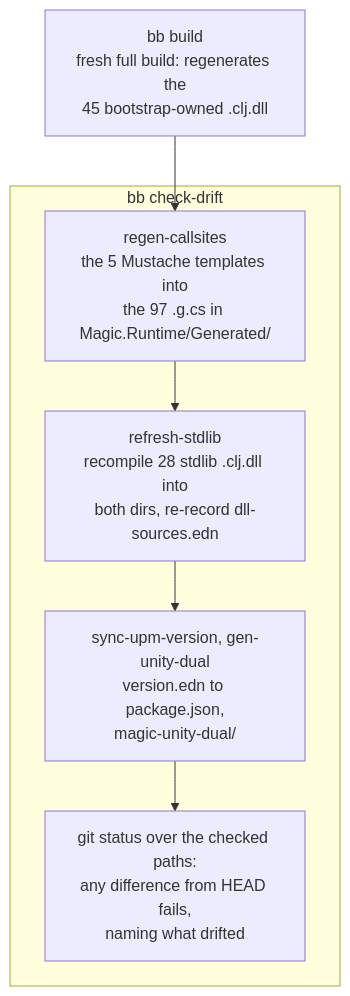
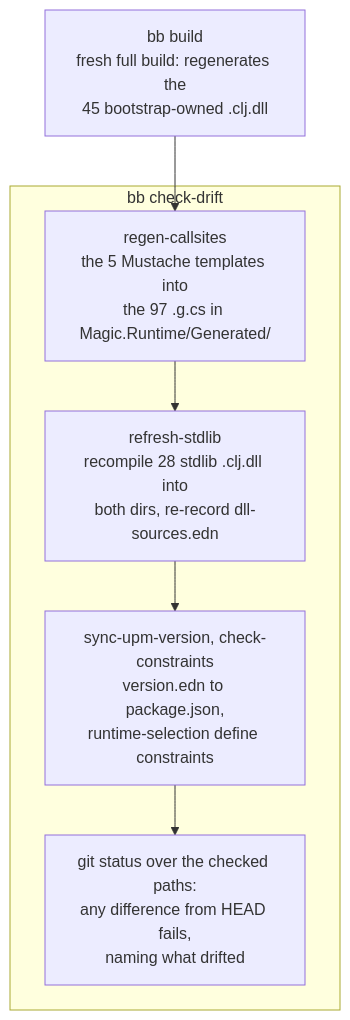
One commit to flybot-sg/magic changed the fourth of 5 diagrams in docs/deterministic-compilation.md. Above: the diagram before and after it, drawn with Mermaid. The commit also changed 10 other files, not shown here.

Commit message:
docs(repo): document runtime selection and retire the dual-variant guidance (#120)

````diff
--- a/docs/deterministic-compilation.md
+++ b/docs/deterministic-compilation.md
@@ -163,10 +163,10 @@
 ```mermaid
 flowchart TD
     build["bb build<br/>fresh full build: regenerates the<br/>45 bootstrap-owned .clj.dll"] --> regen
     subgraph cd["bb check-drift"]
         regen["regen-callsites<br/>the 5 Mustache templates into<br/>the 97 .g.cs in Magic.Runtime/Generated/"]
         regen --> stdlib["refresh-stdlib<br/>recompile 28 stdlib .clj.dll into<br/>both dirs, re-record dll-sources.edn"]
-        stdlib --> upm["sync-upm-version, gen-unity-dual<br/>version.edn to package.json,<br/>magic-unity-dual/"]
+        stdlib --> upm["sync-upm-version, check-constraints<br/>version.edn to package.json,<br/>runtime-selection define constraints"]
         upm --> diff["git status over the checked paths:<br/>any difference from HEAD fails,<br/>naming what drifted"]
     end
 ```
````
